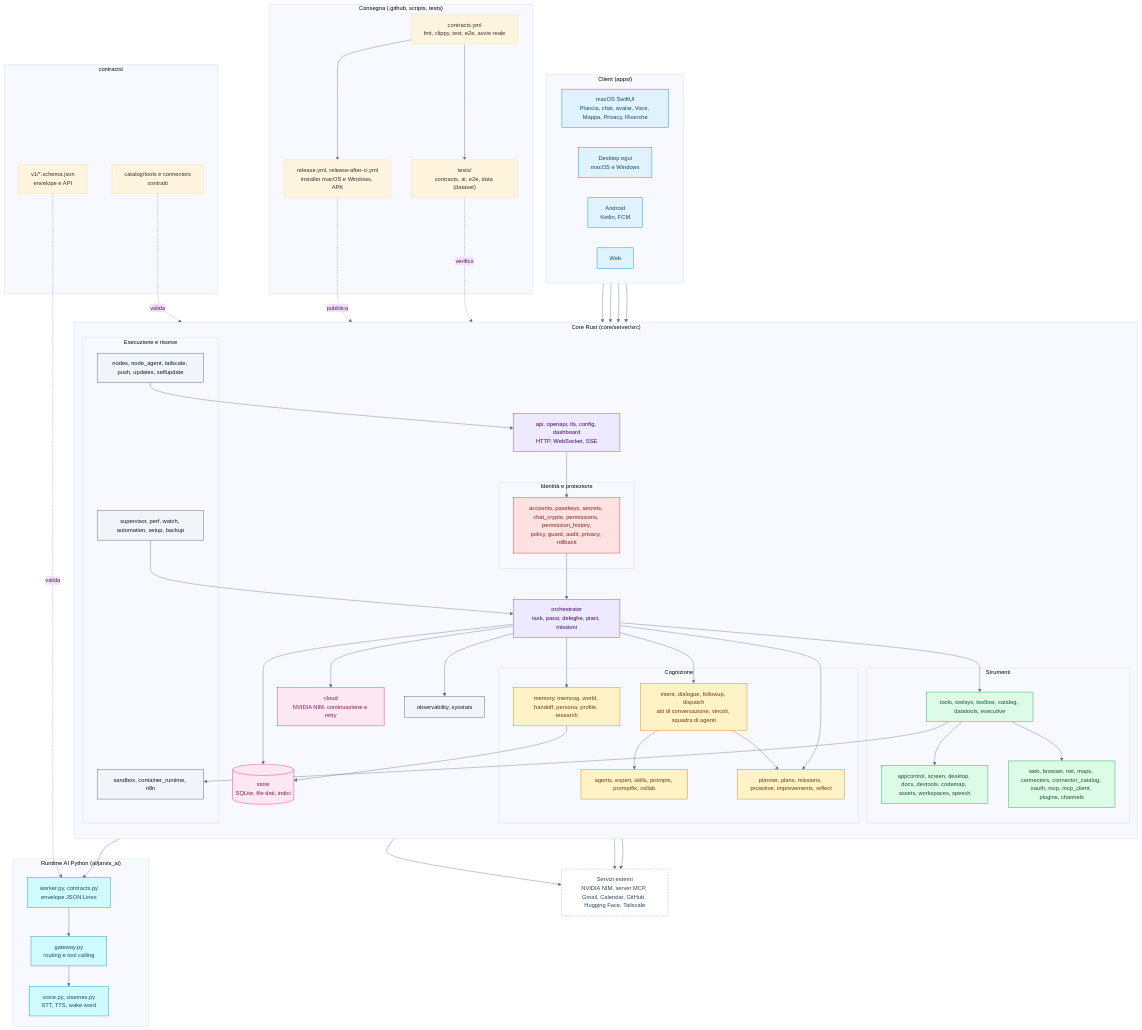
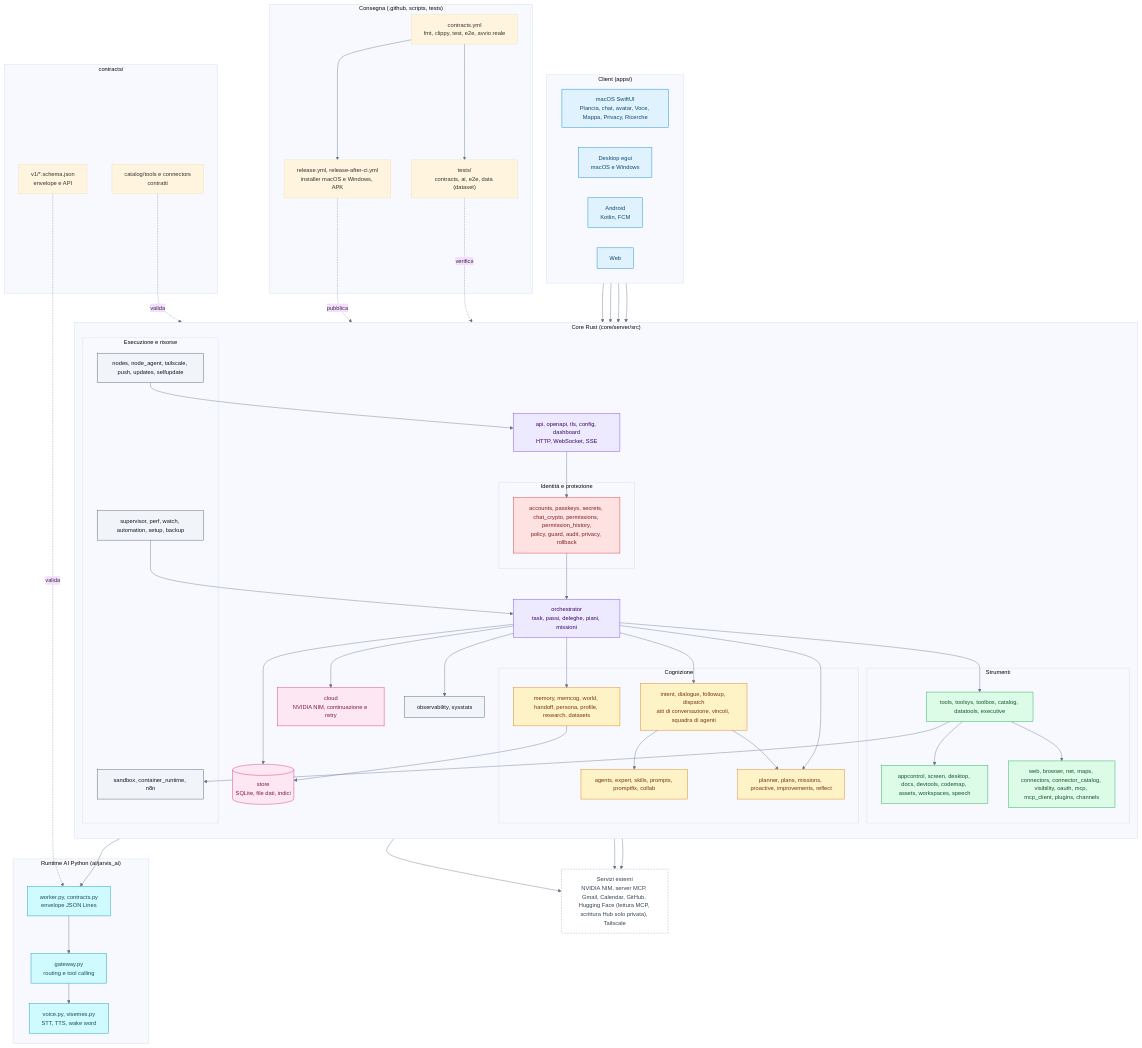
One commit to xX-VyrnCore-Xx/JARVIS changed the second of 5 diagrams in docs/ARCHITECTURE.md. Above: the diagram before and after it, drawn with Mermaid. The commit also changed 25 other files, not shown here.

First line of the commit message:
Connettori visibili a ogni agente e dataset su Hugging Face sempre privato (ADR-0220/0221)

```diff
--- a/docs/ARCHITECTURE.md
+++ b/docs/ARCHITECTURE.md
@@ -44,13 +44,13 @@
             INT["intent, dialogue, followup, dispatch<br/>atti di conversazione, vincoli, squadra di agenti"]
             AGT["agents, expert, skills, prompts, promptfix, collab"]
             PLAN["planner, plans, missions, proactive, improvements, reflect"]
-            MEM["memory, memcog, world, handoff, persona, profile, research"]
+            MEM["memory, memcog, world, handoff, persona, profile, research, datasets"]
         end
 
         subgraph Tools["Strumenti"]
             TSYS["tools, toolsys, toolbox, catalog, datatools, executive"]
             OPS["appcontrol, screen, desktop, docs, devtools, codemap, assets, workspaces, speech"]
-            NET["web, browser, net, maps, connectors, connector_catalog, oauth, mcp, mcp_client, plugins, channels"]
+            NET["web, browser, net, maps, connectors, connector_catalog, visibility, oauth, mcp, mcp_client, plugins, channels"]
         end
 
         subgraph Run["Esecuzione e risorse"]
@@ -81,7 +81,7 @@
         TST["tests/<br/>contracts, ai, e2e, data (dataset)"]
     end
 
-    EXT["Servizi esterni<br/>NVIDIA NIM, server MCP, Gmail, Calendar, GitHub, Hugging Face, Tailscale"]
+    EXT["Servizi esterni<br/>NVIDIA NIM, server MCP, Gmail, Calendar, GitHub, Hugging Face (lettura MCP, scrittura Hub solo privata), Tailscale"]
 
     MAC --> API
     EGUI --> API
```
